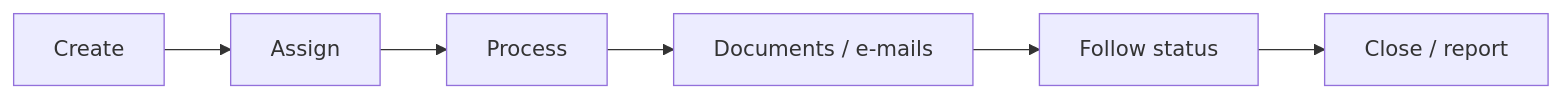
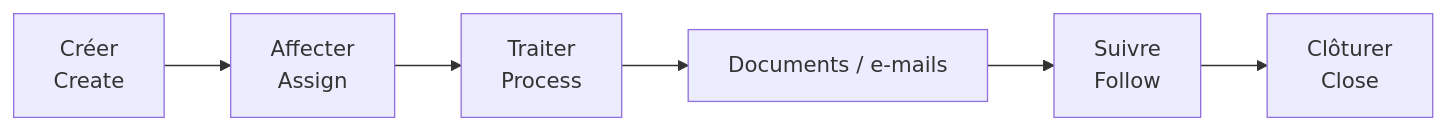
Before and after one commit to jeffersonkuku/jefferson-Mawapanga-Saku: the diagram in projects/power-platform-ticketing-system/demo/README.md, drawn with Mermaid. The commit also changed other lines of this file and 13 other files, not shown here.

````diff
--- a/projects/power-platform-ticketing-system/demo/README.md
+++ b/projects/power-platform-ticketing-system/demo/README.md
@@ -11,8 +8,8 @@
 ```mermaid
 flowchart LR
-    A[Create] --> B[Assign]
-    B --> C[Process]
+    A[Créer<br/>Create] --> B[Affecter<br/>Assign]
+    B --> C[Traiter<br/>Process]
     C --> D[Documents / e-mails]
-    D --> E[Follow status]
-    E --> F[Close / report]
+    D --> E[Suivre<br/>Follow]
+    E --> F[Clôturer<br/>Close]
 ```
````
